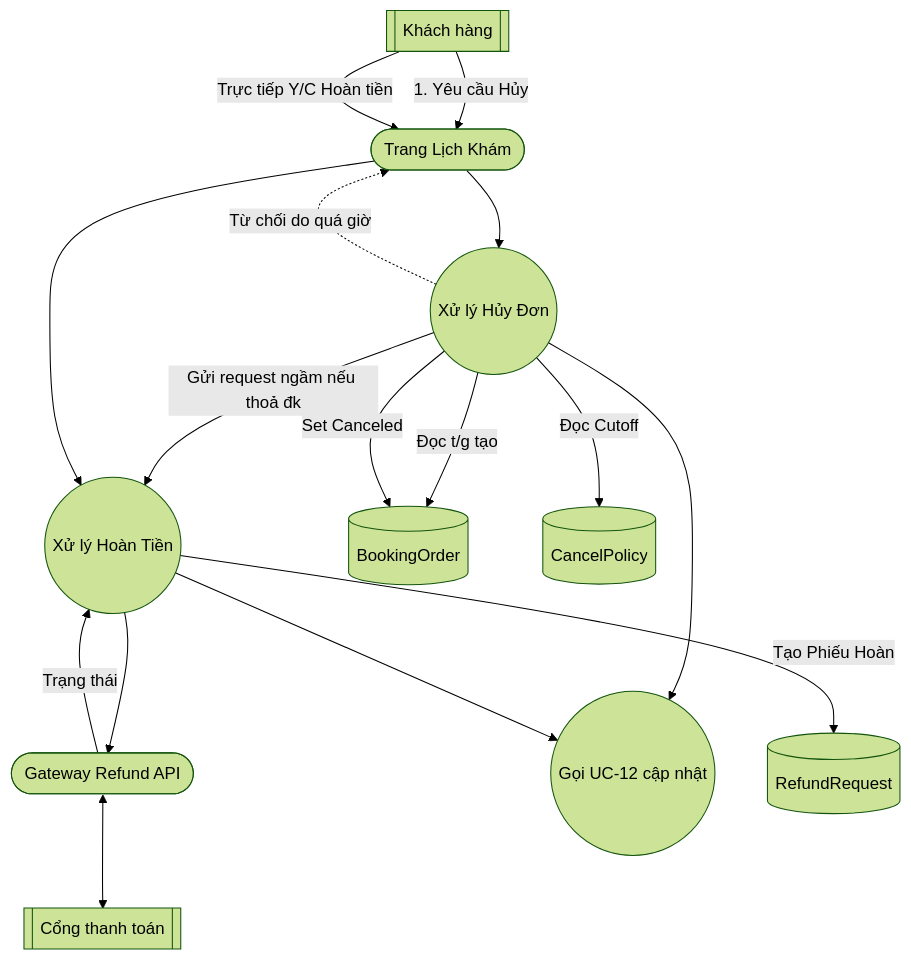
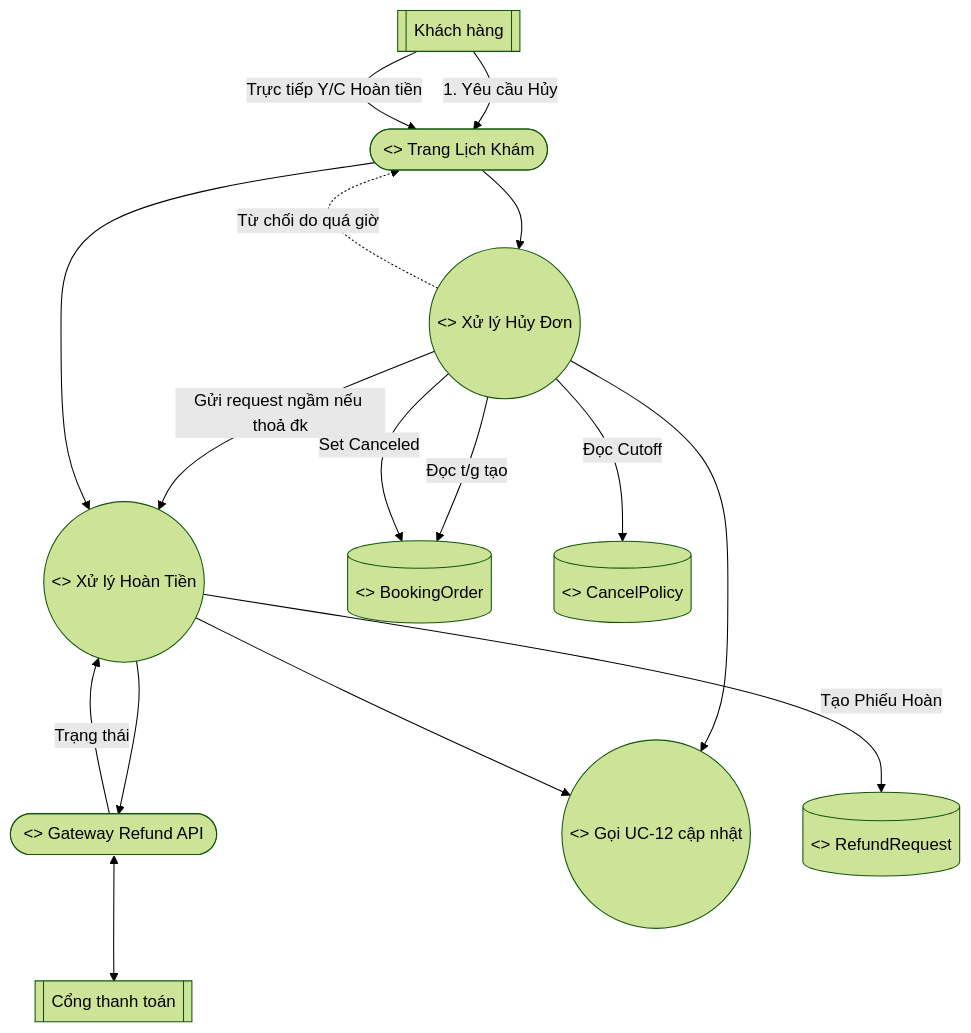
Before and after one commit to qhun22/qq: the sixth of 10 diagrams in README.md, drawn with Mermaid (forest theme). The commit also changed other lines of this file, not shown here.

````diff
--- a/README.md
+++ b/README.md
@@ -200,35 +294,35 @@
 ```mermaid
 flowchart TD
   A_CUS[[Khách hàng]]
   A_PAYG[[Cổng thanh toán]]
   
-  B_ORDER([Trang Lịch Khám])
-  B_GATEWAY([Gateway Refund API])
+  B_ORDER([<<boundary>> Trang Lịch Khám])
+  B_GATEWAY([<<boundary>> Gateway Refund API])
   
-  C_CANCEL((Xử lý Hủy Đơn))
-  C_REFUND((Xử lý Hoàn Tiền))
-  C_CALL_12((Gọi UC-12 cập nhật))
+  C_CANCEL((<<control>> Xử lý Hủy Đơn))
+  C_REFUND((<<control>> Xử lý Hoàn Tiền))
+  C_CALL_12((<<control>> Gọi UC-12 cập nhật))
   
-  E_ORD[(BookingOrder)]
-  E_POL[(CancelPolicy)]
-  E_REF[(RefundRequest)]
+  E_ORD[(<<entity>> BookingOrder)]
+  E_POL[(<<entity>> CancelPolicy)]
+  E_REF[(<<entity>> RefundRequest)]
 
   A_CUS -->|1. Yêu cầu Hủy| B_ORDER
   B_ORDER --> C_CANCEL
   C_CANCEL -->|Đọc Cutoff| E_POL
   C_CANCEL -->|Đọc t/g tạo| E_ORD
   C_CANCEL -.->|Từ chối do quá giờ| B_ORDER
   
   C_CANCEL -->|Set Canceled| E_ORD
   C_CANCEL --> C_CALL_12
   
   C_CANCEL -->|Gửi request ngầm nếu thoả đk| C_REFUND
   A_CUS -->|Trực tiếp Y/C Hoàn tiền| B_ORDER
   B_ORDER --> C_REFUND
   
   C_REFUND -->|Tạo Phiếu Hoàn| E_REF
   C_REFUND --> B_GATEWAY
   B_GATEWAY <--> A_PAYG
   B_GATEWAY -->|Trạng thái| C_REFUND
   C_REFUND --> C_CALL_12
 ```
````
